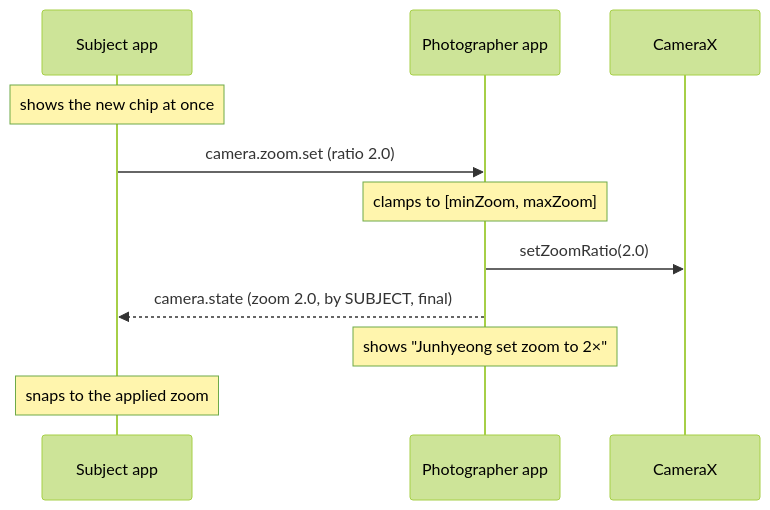
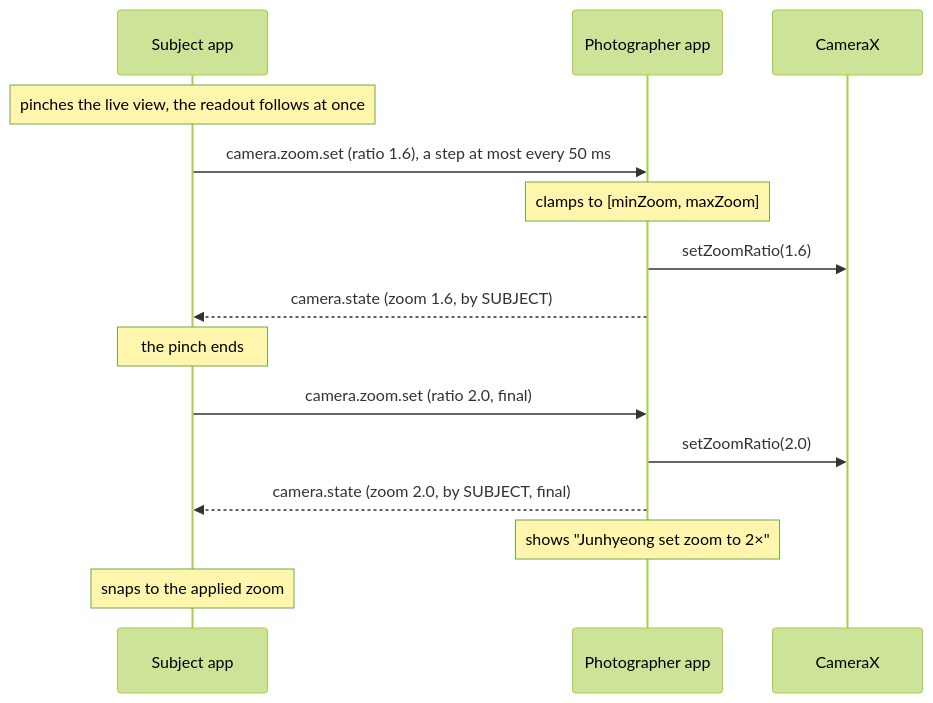
One commit to snuhcs-course/swpp-2026-project-team-10 changed the second of 7 diagrams in wiki/Design-Documentation.md. Above: the diagram before and after it, drawn with Mermaid (forest theme). The commit also changed other lines of this file, not shown here.

First line of the commit message:
wiki: bring the design up to date with pinch remote zoom

````diff
--- a/wiki/Design-Documentation.md
+++ b/wiki/Design-Documentation.md
@@ -108,13 +109,17 @@
 ```mermaid
 sequenceDiagram
   participant S as Subject app
   participant P as Photographer app
   participant C as CameraX
-  Note over S: shows the new chip at once
-  S->>P: camera.zoom.set (ratio 2.0)
+  Note over S: pinches the live view, the readout follows at once
+  S->>P: camera.zoom.set (ratio 1.6), a step at most every 50 ms
   Note over P: clamps to [minZoom, maxZoom]
+  P->>C: setZoomRatio(1.6)
+  P-->>S: camera.state (zoom 1.6, by SUBJECT)
+  Note over S: the pinch ends
+  S->>P: camera.zoom.set (ratio 2.0, final)
   P->>C: setZoomRatio(2.0)
   P-->>S: camera.state (zoom 2.0, by SUBJECT, final)
   Note over P: shows "Junhyeong set zoom to 2×"
   Note over S: snaps to the applied zoom
 ```
````
